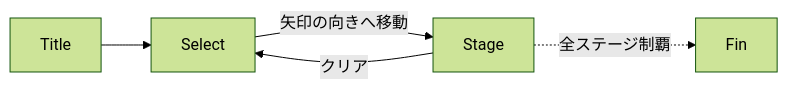
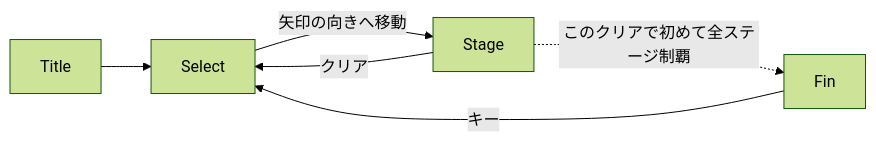
One commit to Asynchronous-0x4C/LoopCut changed the first of 3 diagrams in dev-docs/01-architecture.md. Above: the diagram before and after it, drawn with Mermaid (forest theme). The commit also changed other lines of this file and 28 other files, not shown here.

````diff
--- a/dev-docs/01-architecture.md
+++ b/dev-docs/01-architecture.md
@@ -34,7 +34,8 @@
 ```mermaid
 flowchart LR
   T[Title] --> S[Select]
   S -->|矢印の向きへ移動| G[Stage]
   G -->|クリア| S
-  G -.->|全ステージ制覇| F[Fin]
+  G -.->|このクリアで初めて全ステージ制覇| F[Fin]
+  F -->|キー| S
 ```
````
